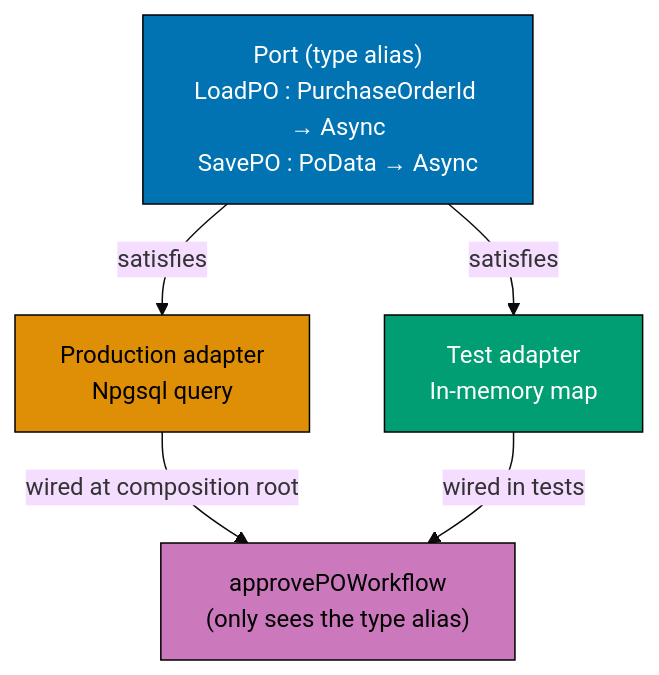
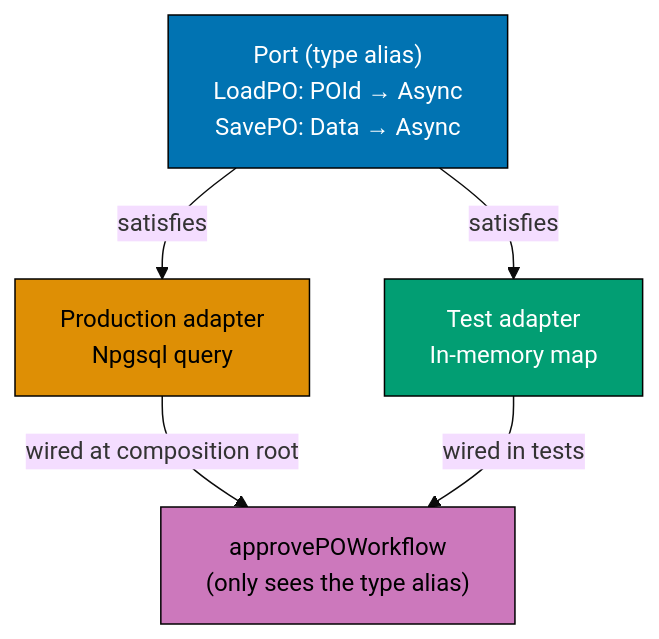
The sixth of 14 diagrams in apps/ayokoding-web/content/en/learn/software-engineering/software-architecture/domain-driven-design-ddd/in-fp-by-example/advanced.md (wahidyankf/open-sharia-enterprise), drawn with Mermaid (base theme) before and after one commit. The commit also changed other lines of this file and 11 other files, not shown here.

First line of the commit message:
fix(ayokoding-web): repair 28 mermaid violations in expansion files

````diff
--- a/apps/ayokoding-web/content/en/learn/software-engineering/software-architecture/domain-driven-design-ddd/in-fp-by-example/advanced.md
+++ b/apps/ayokoding-web/content/en/learn/software-engineering/software-architecture/domain-driven-design-ddd/in-fp-by-example/advanced.md
@@ -2461,17 +2473,17 @@
 ```mermaid
 graph TD
-    Port["Port (type alias)\nLoadPO : PurchaseOrderId → Async<PoData option>\nSavePO : PoData → Async<unit>"]
+    Port["Port (type alias)\nLoadPO: POId → Async<Data opt>\nSavePO: Data → Async<unit>"]
     Prod["Production adapter\nNpgsql query"]
     Test["Test adapter\nIn-memory map"]
     WF["approvePOWorkflow\n(only sees the type alias)"]
 
     Port -->|"satisfies"| Prod
     Port -->|"satisfies"| Test
     Prod -->|"wired at composition root"| WF
     Test -->|"wired in tests"| WF
 
     style Port fill:#0173B2,stroke:#000,color:#fff
     style Prod fill:#DE8F05,stroke:#000,color:#000
     style Test fill:#029E73,stroke:#000,color:#fff
     style WF fill:#CC78BC,stroke:#000,color:#000
 ```
````
